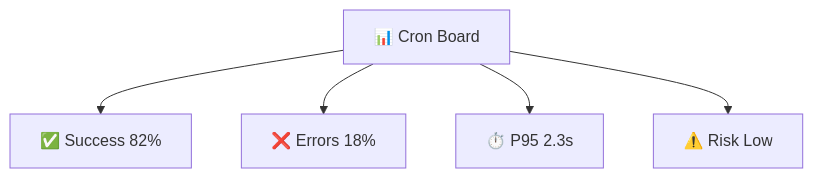
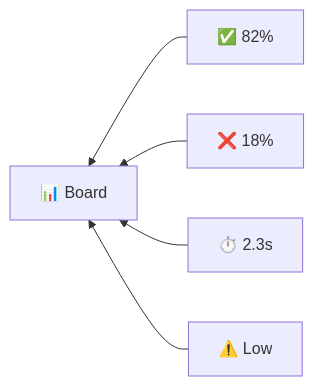
The fourth of 5 diagrams in README.md (mangiapanejohn-dev/Resonix-AG), drawn with Mermaid before and after one commit. The commit also changed other lines of this file, not shown here.

````diff
--- a/README.md
+++ b/README.md
@@ -94,12 +147,8 @@
 ```mermaid
-flowchart TB
-    B[📊 Cron Board]
-    S[✅ Success 82%]
-    E[❌ Errors 18%]
-    T[⏱️ P95 2.3s]
-    R[⚠️ Risk Low]
-    B --> S
-    B --> E
-    B --> T
-    B --> R
+flowchart RL
+    B[📊 Board]
+    S[✅ 82%] --> B
+    E[❌ 18%] --> B
+    T[⏱️ 2.3s] --> B
+    R[⚠️ Low] --> B
 ```
````
